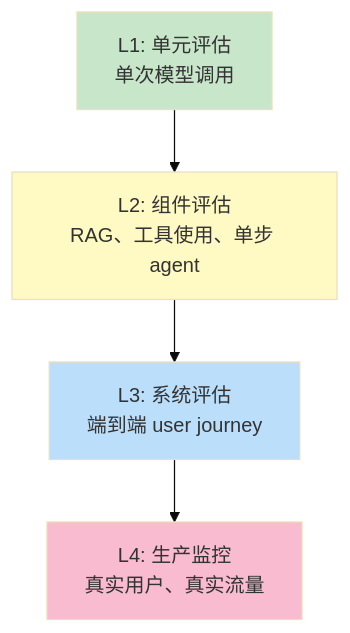
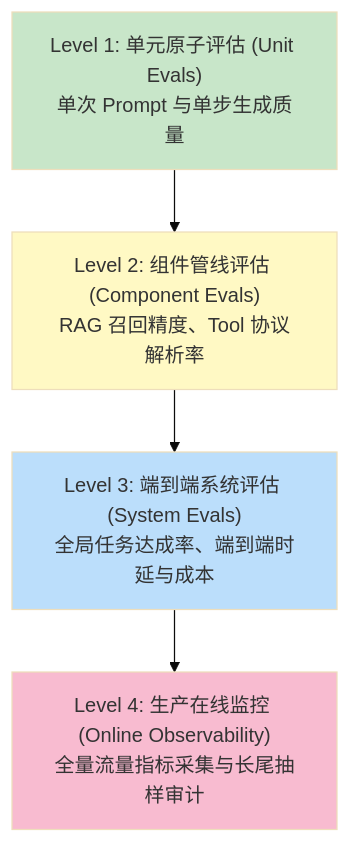
Before and after one commit to yingwang/thinking-in-llm: the second of 7 diagrams in chapters/12-evaluation.md, drawn with Mermaid (base theme). The commit also changed other lines of this file and 31 other files, not shown here.

````diff
--- a/chapters/12-evaluation.md
+++ b/chapters/12-evaluation.md
@@ -108,11 +73,11 @@
 ```mermaid
 flowchart TD
-    L1["L1: 单元评估<br>单次模型调用"] --> L2["L2: 组件评估<br>RAG、工具使用、单步 agent"]
-    L2 --> L3["L3: 系统评估<br>端到端 user journey"]
-    L3 --> L4["L4: 生产监控<br>真实用户、真实流量"]
+    L1["Level 1: 单元原子评估 (Unit Evals)<br>单次 Prompt 与单步生成质量"] --> L2["Level 2: 组件管线评估 (Component Evals)<br>RAG 召回精度、Tool 协议解析率"]
+    L2 --> L3["Level 3: 端到端系统评估 (System Evals)<br>全局任务达成率、端到端时延与成本"]
+    L3 --> L4["Level 4: 生产在线监控 (Online Observability)<br>全量流量指标采集与长尾抽样审计"]
     
     style L1 fill:#c8e6c9
     style L2 fill:#fff9c4
     style L3 fill:#bbdefb
     style L4 fill:#f8bbd0
 ```
````
